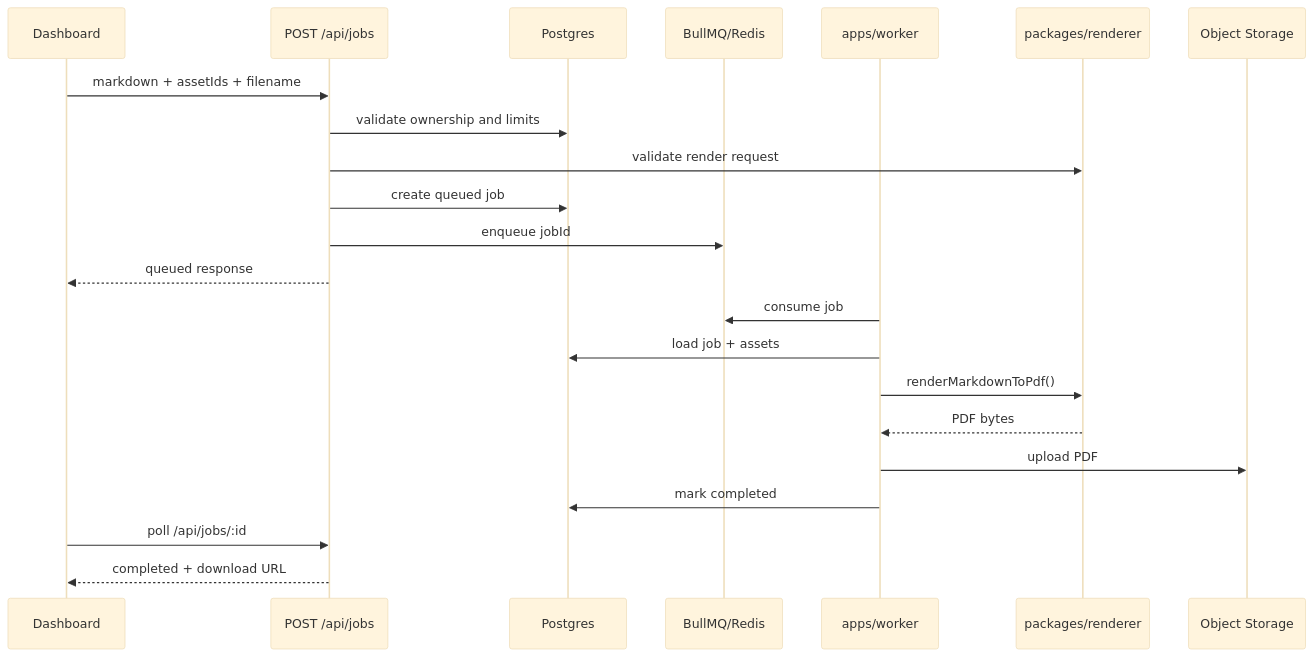
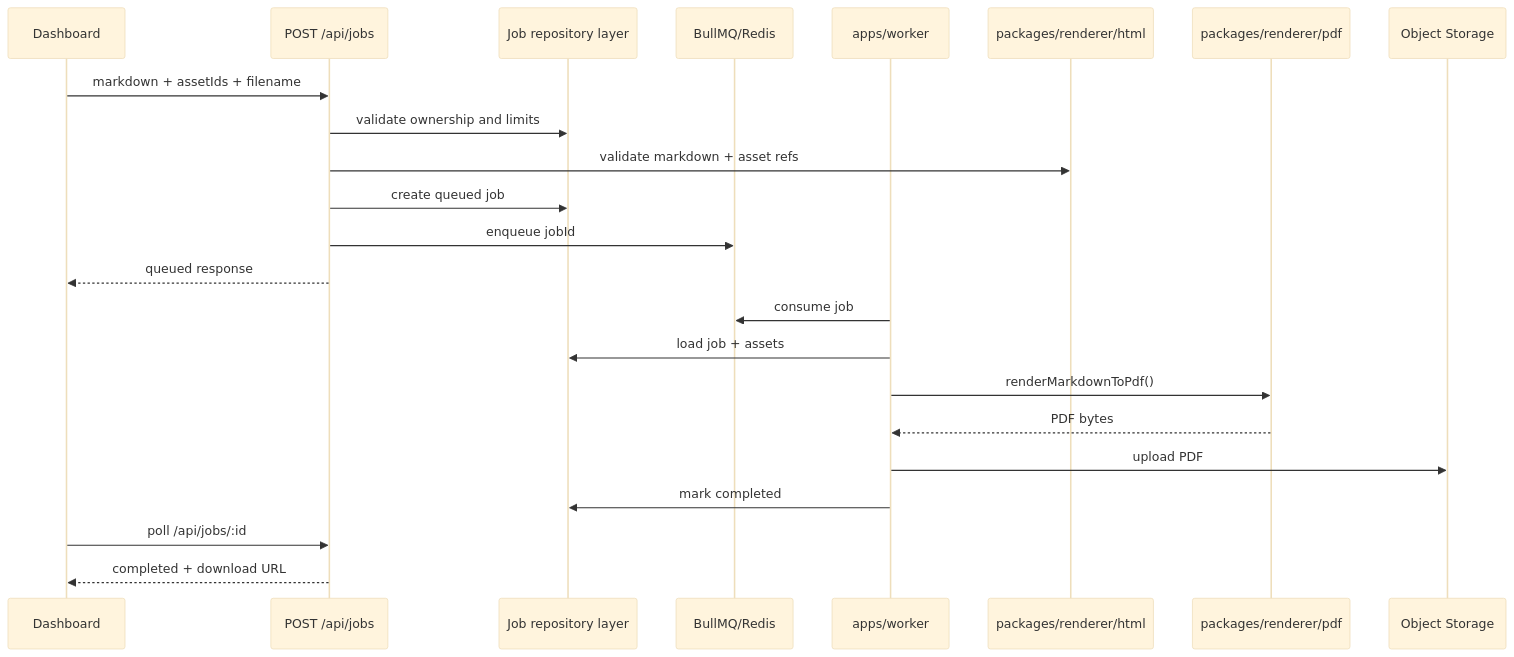
Before and after one commit to armaanx/md2pdf: diagram 12 of 12 in docs/architecture-guide.md, drawn with Mermaid (base theme). The commit also changed other lines of this file and 18 other files, not shown here.

Commit message:
docs: update setup and architecture guides

````diff
--- a/docs/architecture-guide.md
+++ b/docs/architecture-guide.md
@@ -810,26 +852,27 @@
 ```mermaid
 sequenceDiagram
   participant UI as Dashboard
   participant API as POST /api/jobs
-  participant DB as Postgres
+  participant DB as Job repository layer
   participant Queue as BullMQ/Redis
   participant Worker as apps/worker
-  participant Renderer as packages/renderer
+  participant Validate as packages/renderer/html
+  participant Renderer as packages/renderer/pdf
   participant S3 as Object Storage
 
   UI->>API: markdown + assetIds + filename
   API->>DB: validate ownership and limits
-  API->>Renderer: validate render request
+  API->>Validate: validate markdown + asset refs
   API->>DB: create queued job
   API->>Queue: enqueue jobId
   API-->>UI: queued response
 
   Worker->>Queue: consume job
   Worker->>DB: load job + assets
   Worker->>Renderer: renderMarkdownToPdf()
   Renderer-->>Worker: PDF bytes
   Worker->>S3: upload PDF
   Worker->>DB: mark completed
   UI->>API: poll /api/jobs/:id
   API-->>UI: completed + download URL
 ```
````
